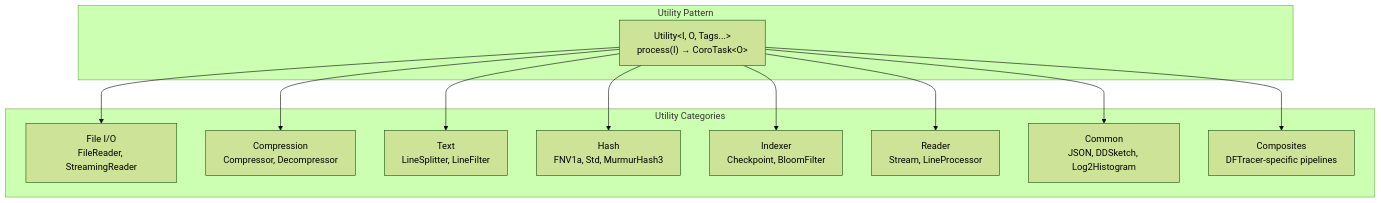
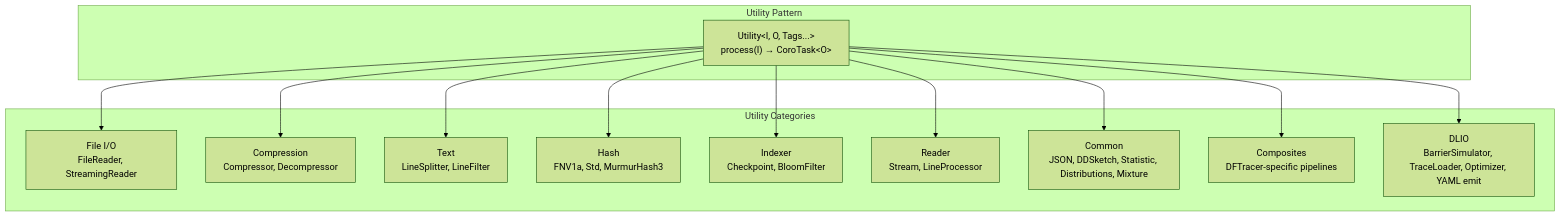
The diagram in docs/source/utilities.rst (asparsa/ClarIOn), drawn with Mermaid (forest theme) before and after one commit. The commit also changed other lines of this file and 4 other files, not shown here.

```diff
--- a/docs/source/utilities.rst
+++ b/docs/source/utilities.rst
@@ -32,26 +33,28 @@
 .. mermaid::
 
    graph TB
        subgraph Base["Utility Pattern"]
            Utility["Utility&lt;I, O, Tags...&gt;<br/>process(I) → CoroTask&lt;O&gt;"]
        end
 
        subgraph Categories["Utility Categories"]
            FileIO["File I/O<br/>FileReader, StreamingReader"]
            Compression["Compression<br/>Compressor, Decompressor"]
            Text["Text<br/>LineSplitter, LineFilter"]
            Hash["Hash<br/>FNV1a, Std, MurmurHash3"]
            Indexer["Indexer<br/>Checkpoint, BloomFilter"]
            Reader["Reader<br/>Stream, LineProcessor"]
-           Common["Common<br/>JSON, DDSketch, Log2Histogram"]
+           Common["Common<br/>JSON, DDSketch, Statistic, Distributions, Mixture"]
            Composites["Composites<br/>DFTracer-specific pipelines"]
+           Dlio["DLIO<br/>BarrierSimulator, TraceLoader, Optimizer, YAML emit"]
        end
 
        Utility --> FileIO
        Utility --> Compression
        Utility --> Text
        Utility --> Hash
        Utility --> Indexer
        Utility --> Reader
        Utility --> Common
        Utility --> Composites
+       Utility --> Dlio
```
